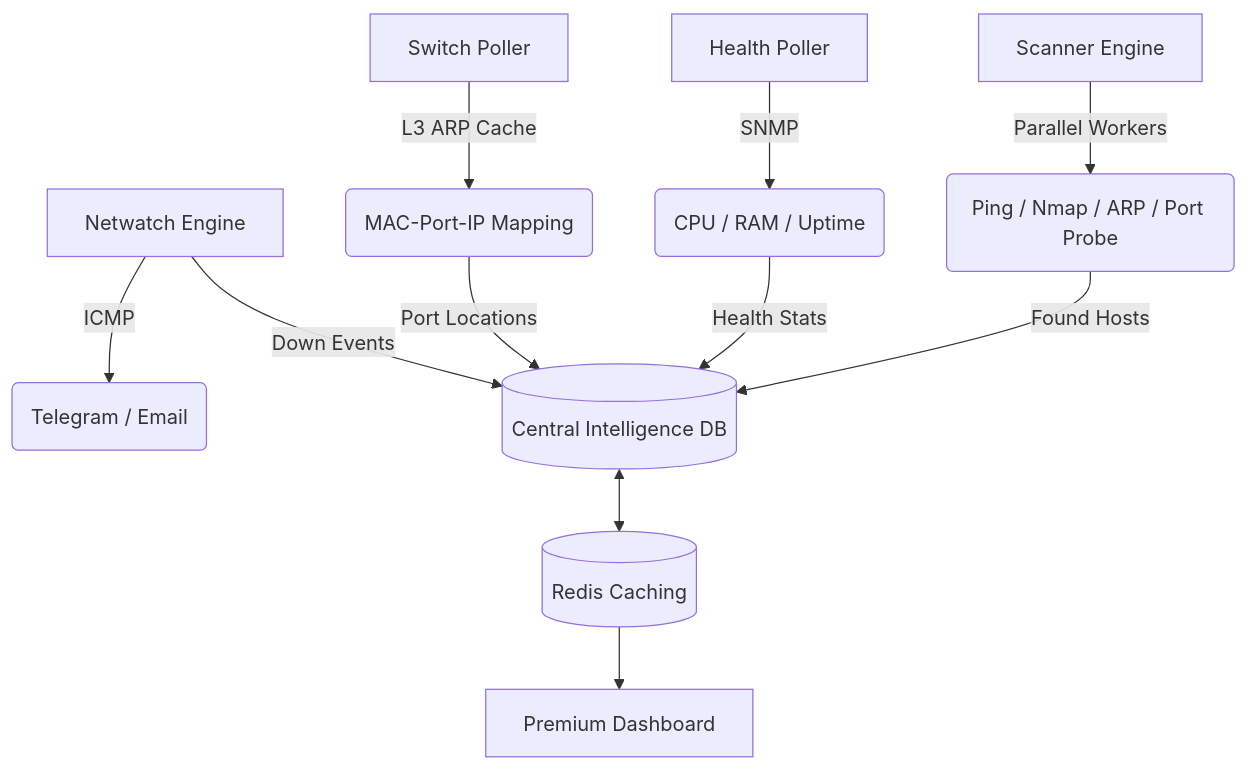
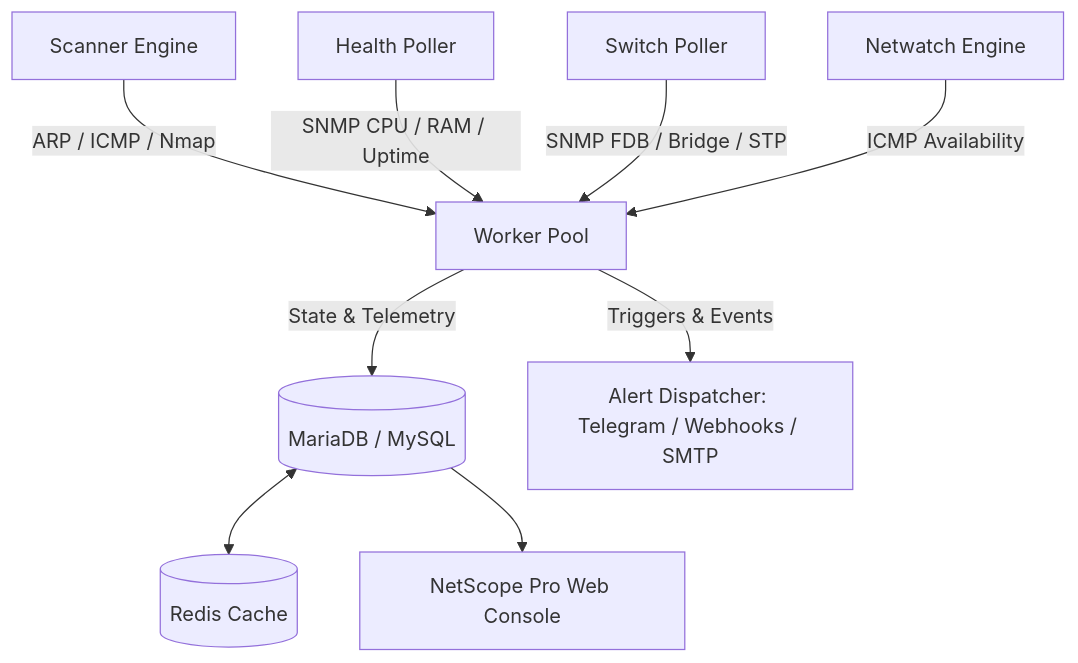
One commit to frambudi75/NetScopePro changed the diagram in README.md. Above: the diagram before and after it, drawn with Mermaid. The commit also changed other lines of this file and 6 other files, not shown here.

Commit message:
docs: refine README with IPAM-first positioning, diagnostic intelligence, clean architecture, and fresh screenshots

````diff
--- a/README.md
+++ b/README.md
@@ -18,15 +16,11 @@
 ```mermaid
 graph TD
-    A[Scanner Engine] -->|Parallel Workers| B(Ping / Nmap / ARP / Port Probe)
-    C[Health Poller] -->|SNMP| D(CPU / RAM / Uptime)
-    E[Switch Poller] -->|L3 ARP Cache| F(MAC-Port-IP Mapping)
-    NW[Netwatch Engine] -->|ICMP| NW_ALERT(Telegram / Email)
-    G[(Central Intelligence DB)]
-    R[(Redis Caching)]
-    B -->|Found Hosts| G
-    D -->|Health Stats| G
-    F -->|Port Locations| G
-    NW -->|Down Events| G
-    G <--> R
-    R --> H[Premium Dashboard]
+    A[Scanner Engine] -->|ARP / ICMP / Nmap| E[Worker Pool]
+    B[Health Poller] -->|SNMP CPU / RAM / Uptime| E
+    C[Switch Poller] -->|SNMP FDB / Bridge / STP| E
+    D[Netwatch Engine] -->|ICMP Availability| E
+    E -->|State & Telemetry| DB[(MariaDB / MySQL)]
+    DB <--> Cache[(Redis Cache)]
+    DB --> UI[NetScope Pro Web Console]
+    E -->|Triggers & Events| Alert[Alert Dispatcher: Telegram / Webhooks / SMTP]
 ```
````
